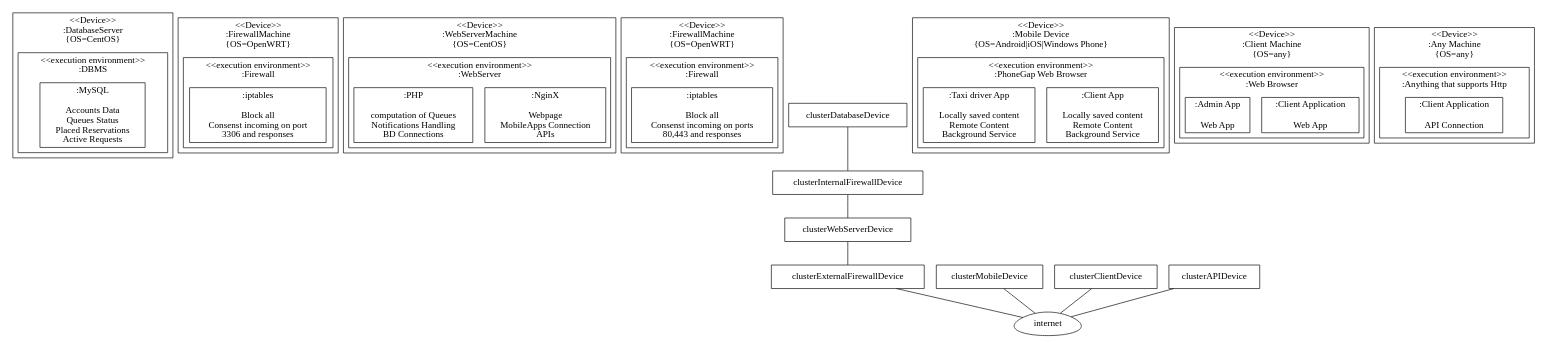
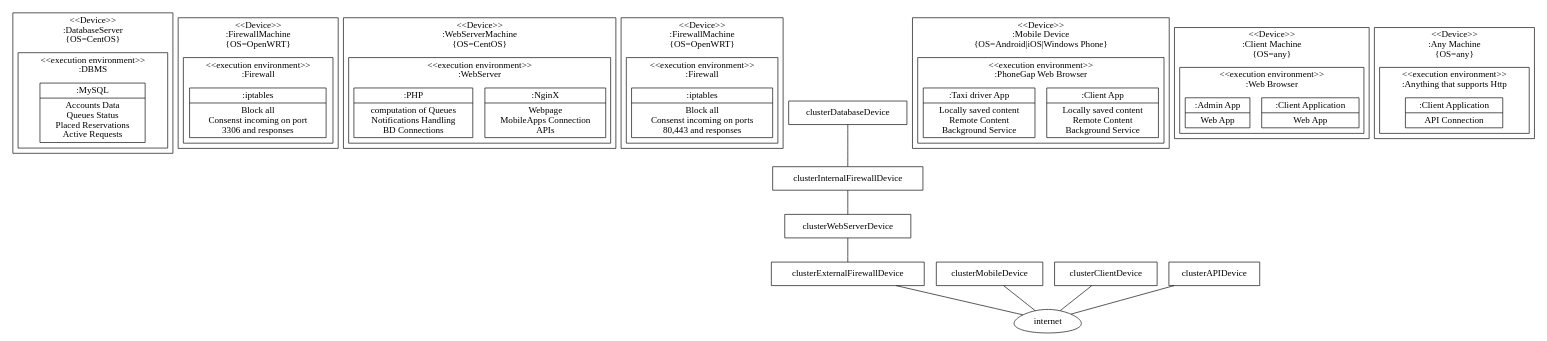
Before and after one commit to RobClap/SE2_Stella_Clapis_Project: the diagram in DesignDocument/graphviz/Deployment.dot, drawn with Graphviz.

Commit message:
I am really putting too much time in this thing

```diff
--- a/DesignDocument/graphviz/Deployment.dot
+++ b/DesignDocument/graphviz/Deployment.dot
@@ -1,73 +1,74 @@
+//TODO add horiz lines
 graph Deploy{
 	concentrate=true	
-	node[shape=rect]
+	node[shape=record]
 	subgraph InternalNetwork{
 		label="Internal Network"
 			subgraph clusterDatabaseDevice{
 				label="<<Device>>\n:DatabaseServer\n{OS=CentOS}"
 					subgraph clusterDBMS{
 						label="<<execution environment>>\n:DBMS"
-							MySQL[label=":MySQL\n\nAccounts Data\nQueues Status\nPlaced Reservations\nActive Requests"]
+							MySQL[label="{:MySQL|Accounts Data\nQueues Status\nPlaced Reservations\nActive Requests}}"]
 					}
 			}
 	}
 	subgraph DMZ{
 		label="DMZ"
 			subgraph clusterInternalFirewallDevice{
 				label="<<Device>>\n:FirewallMachine\n{OS=OpenWRT}"
 					subgraph clusterInternalFirewall{
 						label="<<execution environment>>\n:Firewall"
-							internalIptables[label=":iptables\n\nBlock all\nConsenst incoming on port\n3306 and responses"]
+							internalIptables[label="{:iptables|Block all\nConsenst incoming on port\n3306 and responses}"]
 					}
 			}
 	}
 	subgraph clusterWebServerDevice{
 		label="<<Device>>\n:WebServerMachine\n{OS=CentOS}"
 			subgraph clusterWebServer{
 				label="<<execution environment>>\n:WebServer"
-					nginx[label=":NginX\n\nWebpage\nMobileApps Connection\nAPIs"]
-					php[label=":PHP\n\ncomputation of Queues\nNotifications Handling\nBD Connections"]
+					nginx[label="{:NginX|Webpage\nMobileApps Connection\nAPIs}"]
+					php[label="{:PHP|computation of Queues\nNotifications Handling\nBD Connections}"]
 			}
 	}
 	subgraph clusterExternalFirewallDevice{
 		label="<<Device>>\n:FirewallMachine\n{OS=OpenWRT}"
 			subgraph clusterExternalFirewall{
 				label="<<execution environment>>\n:Firewall"
-					externalIptables[label=":iptables\n\nBlock all\nConsenst incoming on ports\n80,443 and responses"]
+					externalIptables[label="{:iptables|Block all\nConsenst incoming on ports\n80,443 and responses}"]
 			}
 	}
 	internet[shape=egg]
 	subgraph clusterMobileDevice{
 		label="<<Device>>\n:Mobile Device\n{OS=Android|iOS|Windows Phone}"
 			subgraph clusterMobile{
 				label="<<execution environment>>\n:PhoneGap Web Browser"
-					clientApp[label=":Client App\n\nLocally saved content\nRemote Content\nBackground Service"]
-					driverApp[label=":Taxi driver App\n\nLocally saved content\nRemote Content\nBackground Service"]
+					clientApp[label="{:Client App|Locally saved content\nRemote Content\nBackground Service}"]
+					driverApp[label="{:Taxi driver App|Locally saved content\nRemote Content\nBackground Service}"]
 			}
 	}
 	subgraph clusterClientDevice{
 		label="<<Device>>\n:Client Machine\n{OS=any}"
 			subgraph clusterBrowser{
 				label="<<execution environment>>\n:Web Browser"
-					clientWebApp[label=":Client Application\n\nWeb App"]
-					adminApp[label=":Admin App\n\nWeb App"]
+					clientWebApp[label="{:Client Application|Web App}"]
+					adminApp[label="{:Admin App|Web App}"]
 			}
 	}
 	subgraph clusterAPIDevice{
 		label="<<Device>>\n:Any Machine\n{OS=any}"
 			subgraph clusterAPI{
 				label="<<execution environment>>\n:Anything that supports Http"
-					APIClient[label=":Client Application\n\nAPI Connection"]
+					APIClient[label="{:Client Application|API Connection}"]
 			}
 	}
 	clusterDatabaseDevice -- clusterInternalFirewallDevice
-		clusterInternalFirewallDevice -- clusterWebServerDevice
-		clusterWebServerDevice--clusterExternalFirewallDevice
-		clusterExternalFirewallDevice--internet
-		clusterMobileDevice--internet
-		clusterClientDevice--internet
-		clusterAPIDevice--internet
+	clusterInternalFirewallDevice -- clusterWebServerDevice
+	clusterWebServerDevice--clusterExternalFirewallDevice
+	clusterExternalFirewallDevice--internet
+	clusterMobileDevice--internet
+	clusterClientDevice--internet
+	clusterAPIDevice--internet
 }
 /*
    nginx[label=<<B>:NginX</B><BR/><BR/>Webpage<BR/>MobileApps Connection<BR/>APIs>]
  */
```
